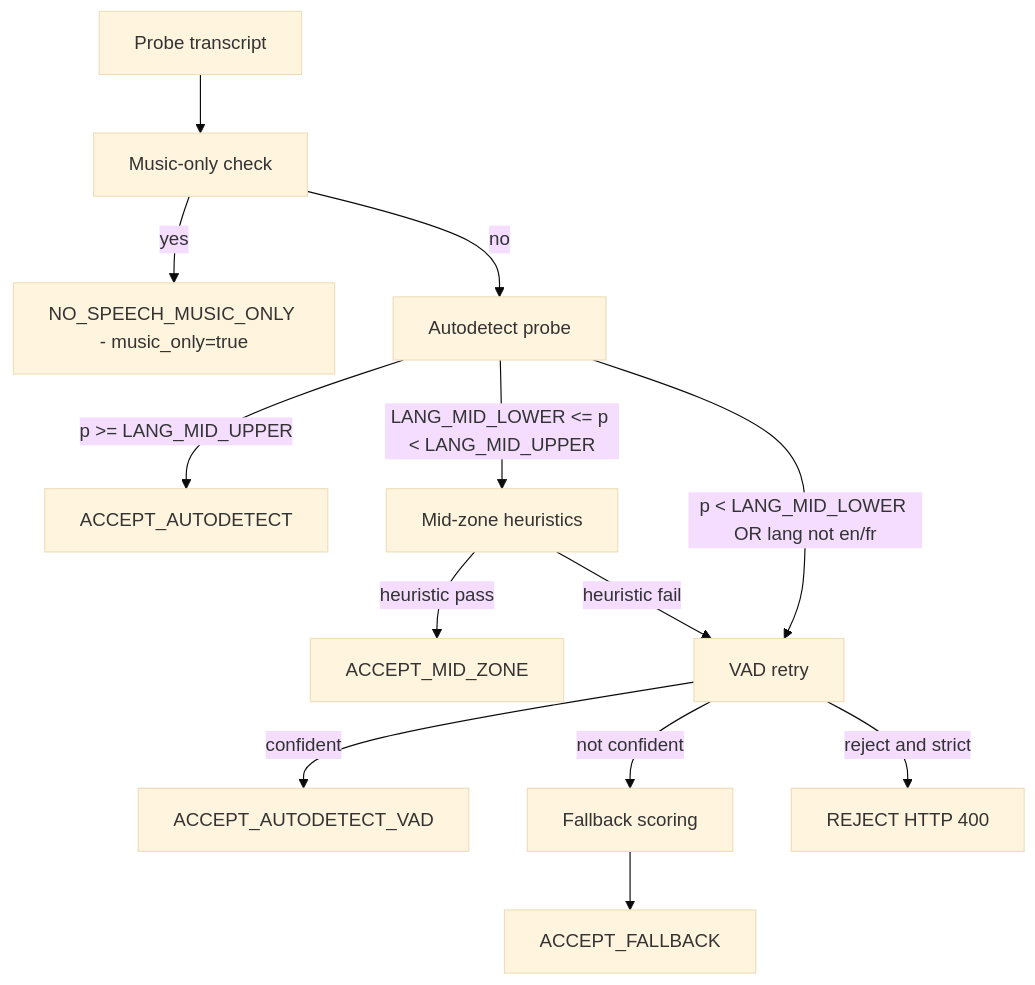
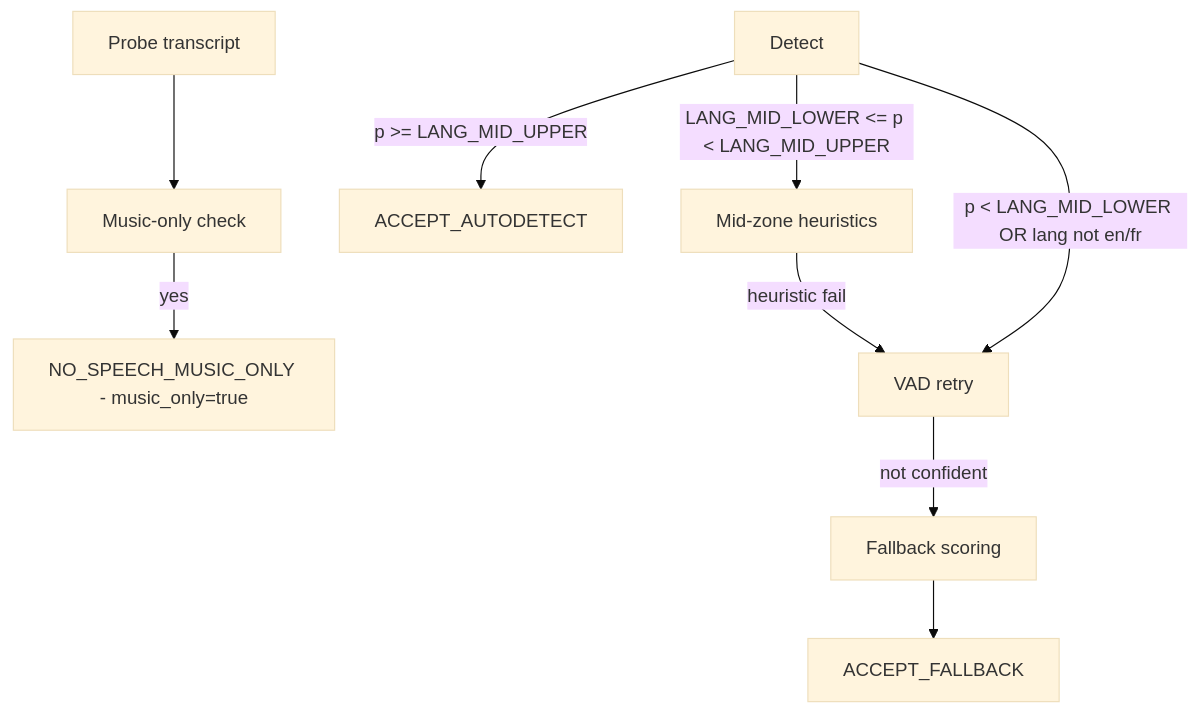
One commit to cisco7507/LangId-mr changed the second of 2 diagrams in Readme.md. Above: the diagram before and after it, drawn with Mermaid (base theme). The commit also changed other lines of this file, not shown here.

````diff
--- a/Readme.md
+++ b/Readme.md
@@ -89,15 +87,11 @@
 ```mermaid
 flowchart TD
   Probe[Probe transcript] --> MusicCheck[Music-only check]
   MusicCheck -->|yes| MusicFlag[NO_SPEECH_MUSIC_ONLY - music_only=true]
-  MusicCheck -->|no| Detect[Autodetect probe]
   Detect -->|p >= LANG_MID_UPPER| AcceptHigh[ACCEPT_AUTODETECT]
   Detect -->|LANG_MID_LOWER <= p < LANG_MID_UPPER| MidZone[Mid-zone heuristics]
-  MidZone -->|heuristic pass| AcceptMid[ACCEPT_MID_ZONE]
   MidZone -->|heuristic fail| VADRetry[VAD retry]
   Detect -->|p < LANG_MID_LOWER OR lang not en/fr| VADRetry
-  VADRetry -->|confident| AcceptVAD[ACCEPT_AUTODETECT_VAD]
   VADRetry -->|not confident| Fallback[Fallback scoring]
   Fallback --> AcceptFallback[ACCEPT_FALLBACK]
-  VADRetry -->|reject and strict| Reject[REJECT HTTP 400]
 ```
````
